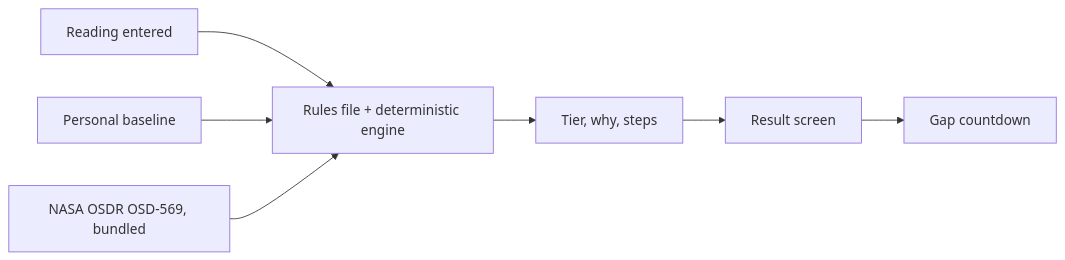
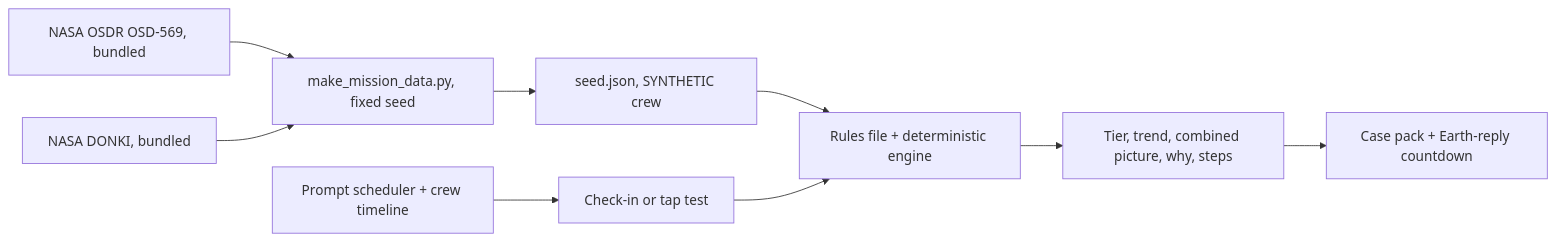
Before and after one commit to Caffeinated-Innovators-Australia/space-apps-2026: the diagram in docs/SPEC.md, drawn with Mermaid. The commit also changed other lines of this file and 39 other files, not shown here.

````diff
--- a/docs/SPEC.md
+++ b/docs/SPEC.md
@@ -12,9 +13,11 @@
 ```mermaid
 flowchart LR
-  input[Reading entered] --> rules[Rules file + deterministic engine]
-  baseline[Personal baseline] --> rules
-  rules --> tier[Tier, why, steps]
-  tier --> ui[Result screen]
-  ui --> gap[Gap countdown]
-  osd[NASA OSDR OSD-569, bundled] --> rules
+  gen[make_mission_data.py, fixed seed] --> seed[seed.json, SYNTHETIC crew]
+  seed --> engine[Rules file + deterministic engine]
+  entry[Check-in or tap test] --> engine
+  engine --> view[Tier, trend, combined picture, why, steps]
+  sched[Prompt scheduler + crew timeline] --> entry
+  view --> gap[Case pack + Earth-reply countdown]
+  osd[NASA OSDR OSD-569, bundled] --> gen
+  donki[NASA DONKI, bundled] --> gen
 ```
````
